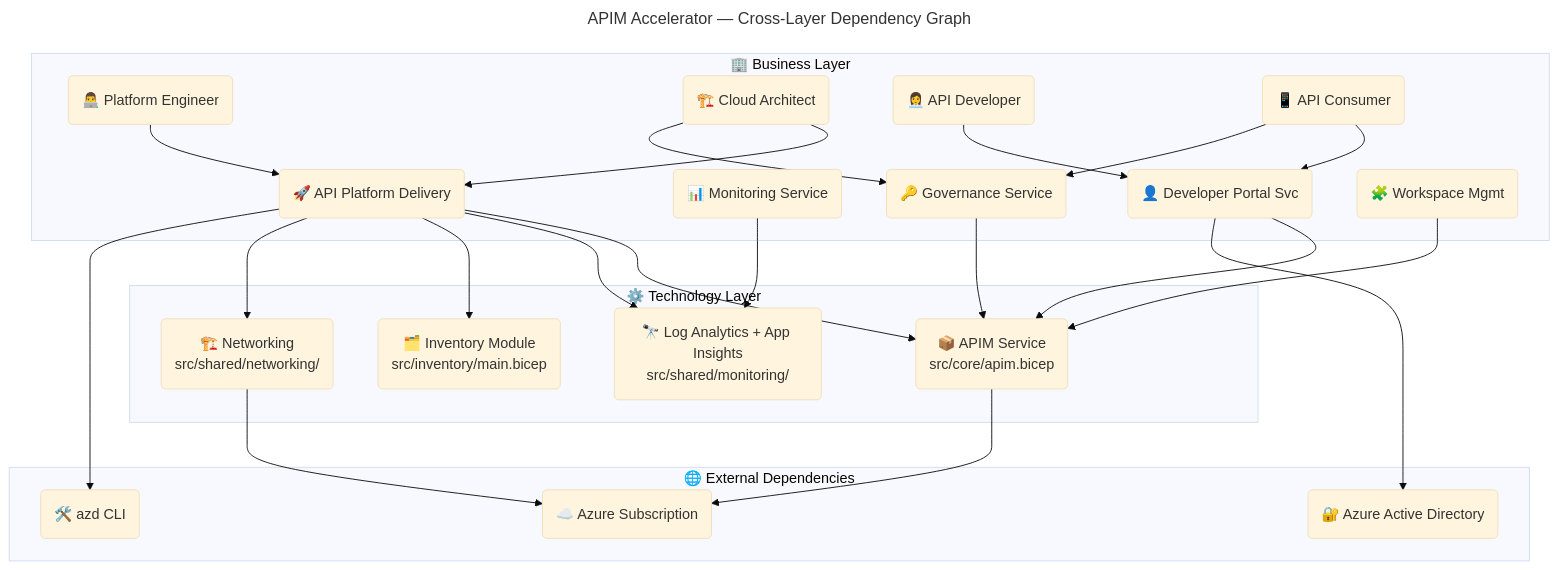
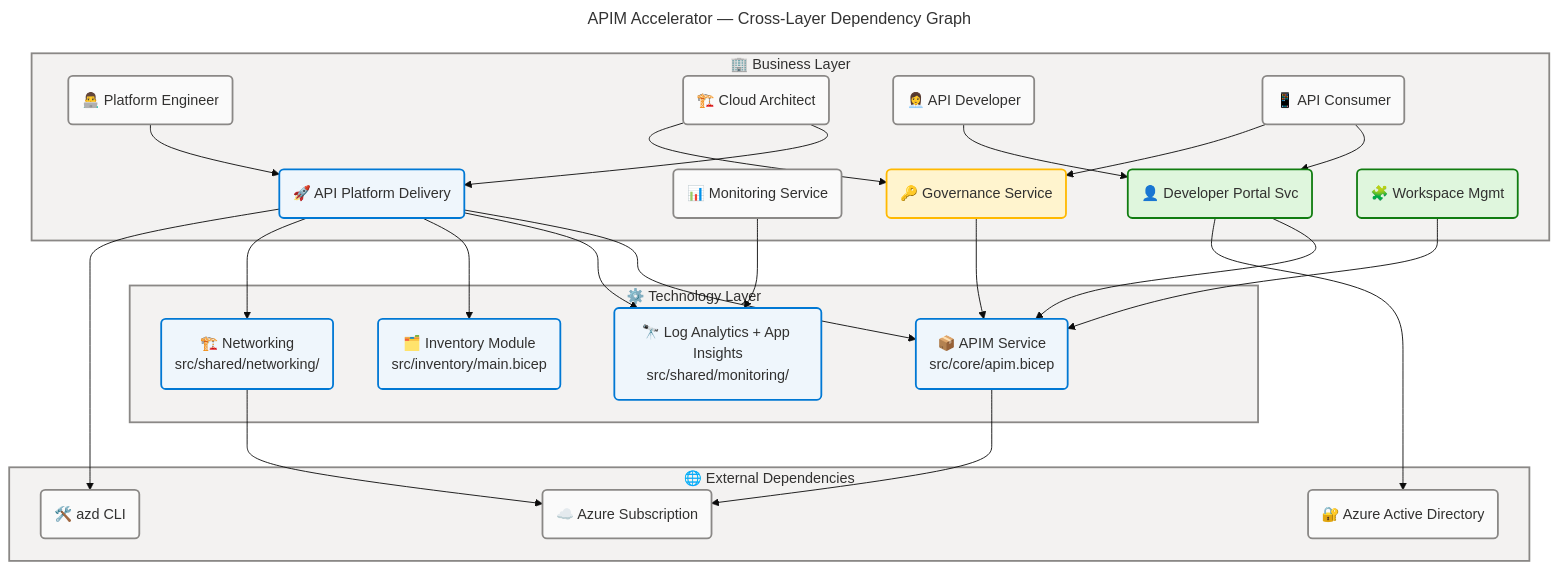
One commit to Evilazaro/APIM-Accelerator changed the sixth of 6 diagrams in docs/architecture/business-architecture.md. Above: the diagram before and after it, drawn with Mermaid. The commit also changed other lines of this file, not shown here.

Commit message:
style: enhance flowchart styles with additional class definitions for improved clarity and consistency in business architecture diagrams

````diff
--- a/docs/architecture/business-architecture.md
+++ b/docs/architecture/business-architecture.md
@@ -826,4 +872,14 @@
     bs4 --> e2
     bs1 --> e3
 
+    classDef neutral fill:#FAFAFA,stroke:#8A8886,stroke-width:2px,color:#323130
+    classDef core fill:#EFF6FC,stroke:#0078D4,stroke-width:2px,color:#323130
+    classDef success fill:#DFF6DD,stroke:#107C10,stroke-width:2px,color:#323130
+    classDef warning fill:#FFF4CE,stroke:#FFB900,stroke-width:2px,color:#323130
+    classDef danger fill:#FDE7E9,stroke:#D13438,stroke-width:2px,color:#323130
+
+    style bizLayer fill:#F3F2F1,stroke:#8A8886,stroke-width:2px,color:#323130
+    style techLayer fill:#F3F2F1,stroke:#8A8886,stroke-width:2px,color:#323130
+    style extLayer fill:#F3F2F1,stroke:#8A8886,stroke-width:2px,color:#323130
+
 ```
````
